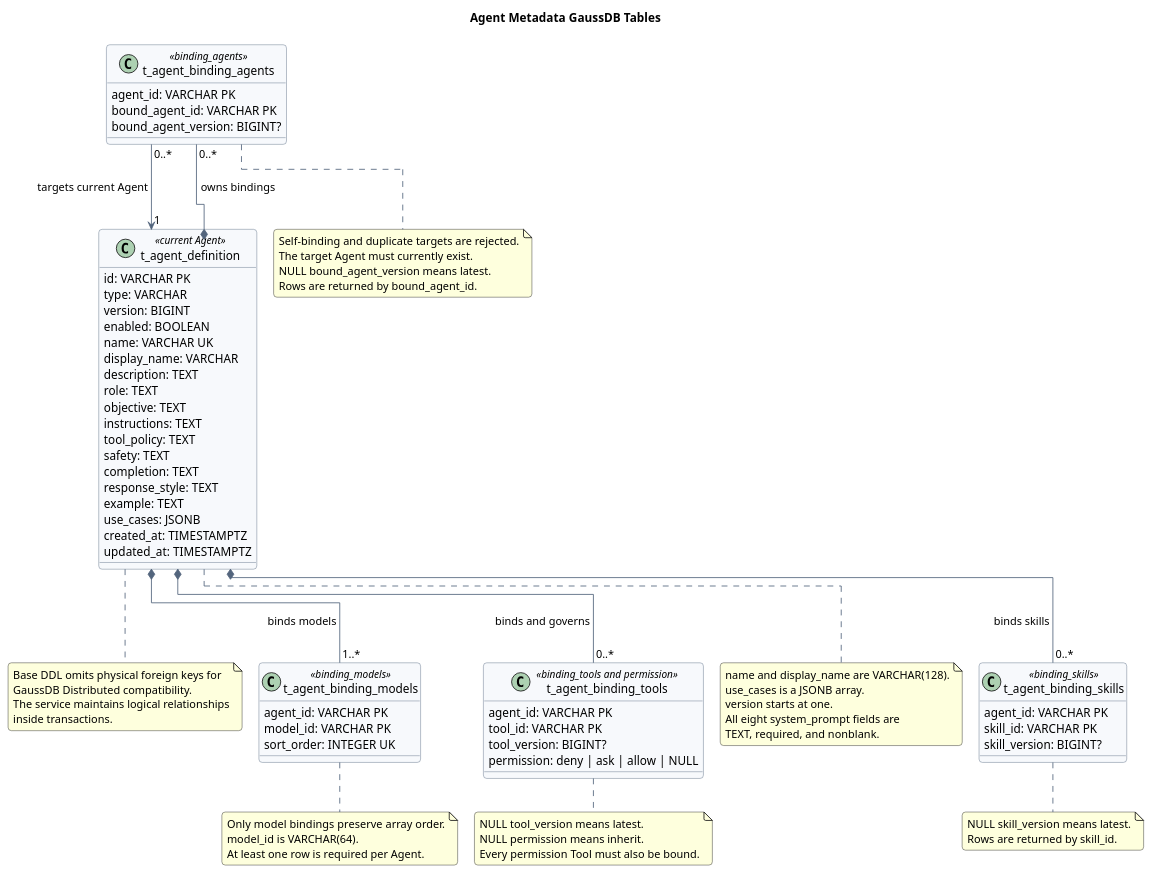
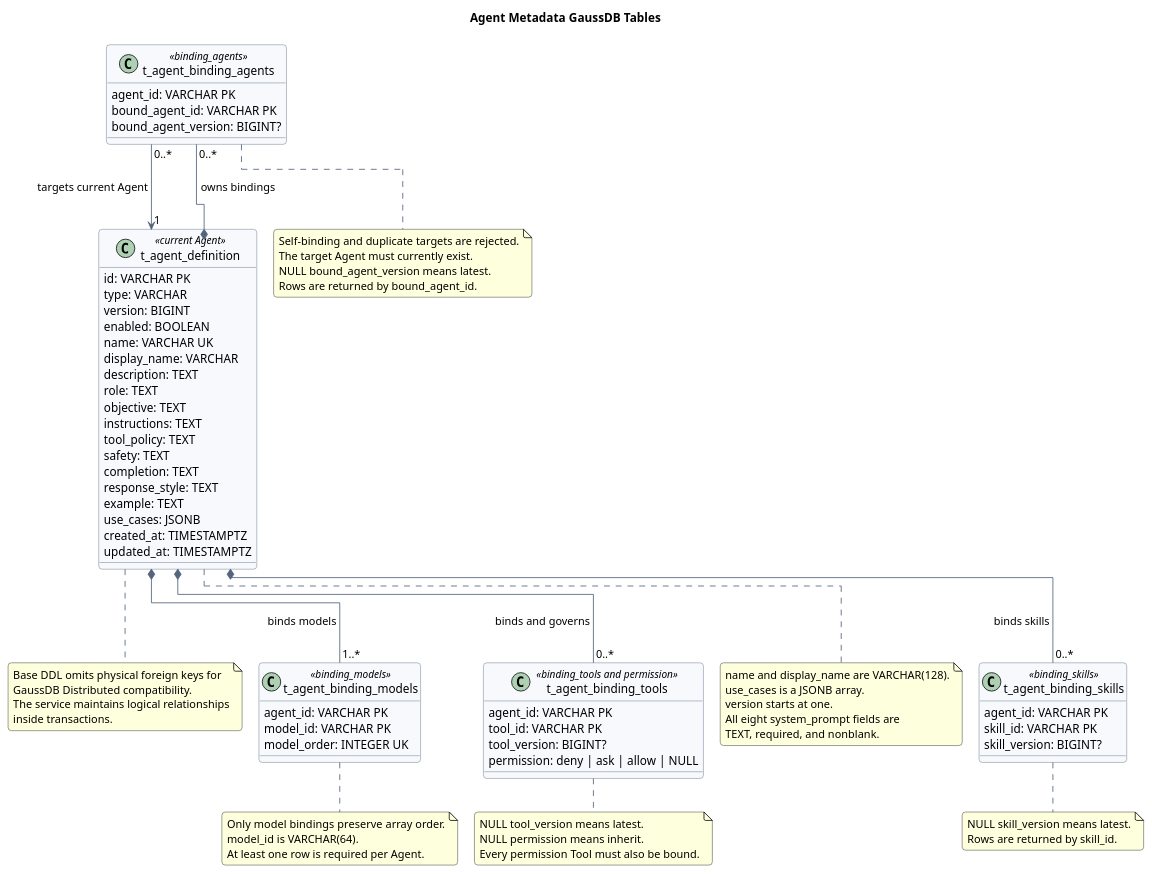
One commit to superheromeZzh/pi-mono-java-design changed the diagram in agent-metadata-gaussdb-design/diagram.puml. Above: the diagram before and after it, drawn with PlantUML. The commit also changed other lines of this file and 3 other files, not shown here.

Commit message:
docs(agent): rename model order field

```diff
--- a/agent-metadata-gaussdb-design/diagram.puml
+++ b/agent-metadata-gaussdb-design/diagram.puml
@@ -6,125 +6,125 @@
 @startuml agent_metadata_gaussdb_model
 !pragma layout elk
 title Agent Metadata GaussDB Tables
 top to bottom direction
 
 skinparam backgroundColor #FFFFFF
 skinparam shadowing false
 skinparam roundcorner 8
 skinparam nodesep 45
 skinparam ranksep 50
 skinparam ArrowColor #53657D
 skinparam ClassBorderColor #53657D
 skinparam ClassBackgroundColor #F7F9FC
 skinparam classAttributeIconSize 0
 
 ' Source evidence:
 ' - AGENT metadata JSON lines 2-53 define root fields and four binding arrays.
 ' - binding_models is at line 11; binding_agents is at lines 37-42.
 ' - mate-service baseline path and symbols:
 '   src/main/java/com/huawei/hicampus/mate/agentdefinition/service/impl/AgentDefinitionServiceImpl.java
 '   AgentDefinitionServiceImpl.initializeAgent and replaceModels.
 ' - mate-service baseline DDL: src/main/resources/db/schema.sql.
-' Observed behavior: the Java baseline aggregates four tables and persists the
-' model list in t_agent_models.
-' Architecture change: the target design renames model storage to
-' t_agent_binding_models and adds t_agent_binding_agents.
+' Observed behavior: the Java baseline stores model binding order in sort_order
+' and maps it to AgentModelBindingDTO.sortOrder.
+' Design reason: model_order and modelOrder make the ordered value explicit in
+' cross-table SQL and Java mapping without changing external JSON behavior.
 ' Product constraint: all eight system_prompt fields are required and nonblank.
 ' Product constraint: only binding_models preserves input array order.
 ' Design reason: Agent targets must exist when bindings are written, while a
 ' pinned target version is stored without historical-version validation.
 ' GaussDB divergence: physical foreign keys are optional because GaussDB
 ' Distributed does not support them; the base DDL uses logical relationships.
 
 class t_agent_definition <<current Agent>> {
   id: VARCHAR PK
   type: VARCHAR
   version: BIGINT
   enabled: BOOLEAN
   name: VARCHAR UK
   display_name: VARCHAR
   description: TEXT
   role: TEXT
   objective: TEXT
   instructions: TEXT
   tool_policy: TEXT
   safety: TEXT
   completion: TEXT
   response_style: TEXT
   example: TEXT
   use_cases: JSONB
   created_at: TIMESTAMPTZ
   updated_at: TIMESTAMPTZ
 }
 
 class t_agent_binding_models <<binding_models>> {
   agent_id: VARCHAR PK
   model_id: VARCHAR PK
-  sort_order: INTEGER UK
+  model_order: INTEGER UK
 }
 
 class t_agent_binding_tools <<binding_tools and permission>> {
   agent_id: VARCHAR PK
   tool_id: VARCHAR PK
   tool_version: BIGINT?
   permission: deny | ask | allow | NULL
 }
 
 class t_agent_binding_skills <<binding_skills>> {
   agent_id: VARCHAR PK
   skill_id: VARCHAR PK
   skill_version: BIGINT?
 }
 
 class t_agent_binding_agents <<binding_agents>> {
   agent_id: VARCHAR PK
   bound_agent_id: VARCHAR PK
   bound_agent_version: BIGINT?
 }
 
 t_agent_definition *-- "1..*" t_agent_binding_models : binds models
 t_agent_definition *-- "0..*" t_agent_binding_tools : binds and governs
 t_agent_definition *-- "0..*" t_agent_binding_skills : binds skills
 t_agent_definition *-- "0..*" t_agent_binding_agents : owns bindings
 t_agent_binding_agents "0..*" --> "1" t_agent_definition : targets current Agent
 
 note right of t_agent_definition
 name and display_name are VARCHAR(128).
 use_cases is a JSONB array.
 version starts at one.
 All eight system_prompt fields are
 TEXT, required, and nonblank.
 end note
 
 note right of t_agent_binding_models
 Only model bindings preserve array order.
 model_id is VARCHAR(64).
 At least one row is required per Agent.
 end note
 
 note bottom of t_agent_binding_tools
 NULL tool_version means latest.
 NULL permission means inherit.
 Every permission Tool must also be bound.
 end note
 
 note bottom of t_agent_binding_skills
 NULL skill_version means latest.
 Rows are returned by skill_id.
 end note
 
 note bottom of t_agent_binding_agents
 Self-binding and duplicate targets are rejected.
 The target Agent must currently exist.
 NULL bound_agent_version means latest.
 Rows are returned by bound_agent_id.
 end note
 
 note bottom of t_agent_definition
 Base DDL omits physical foreign keys for
 GaussDB Distributed compatibility.
 The service maintains logical relationships
 inside transactions.
 end note
 
 @enduml
```
